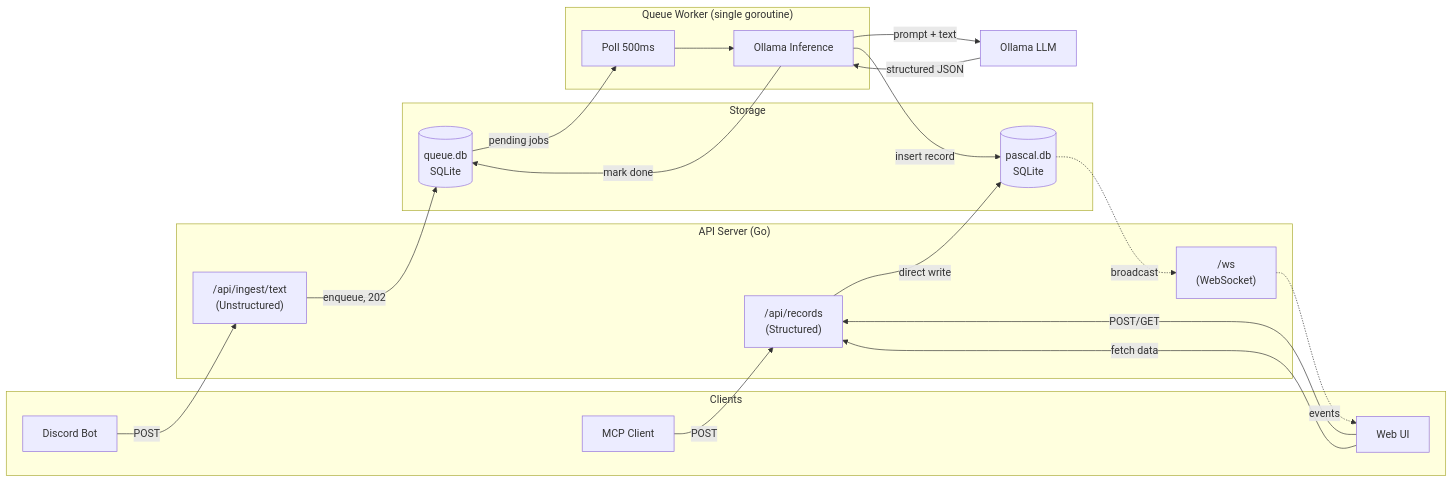
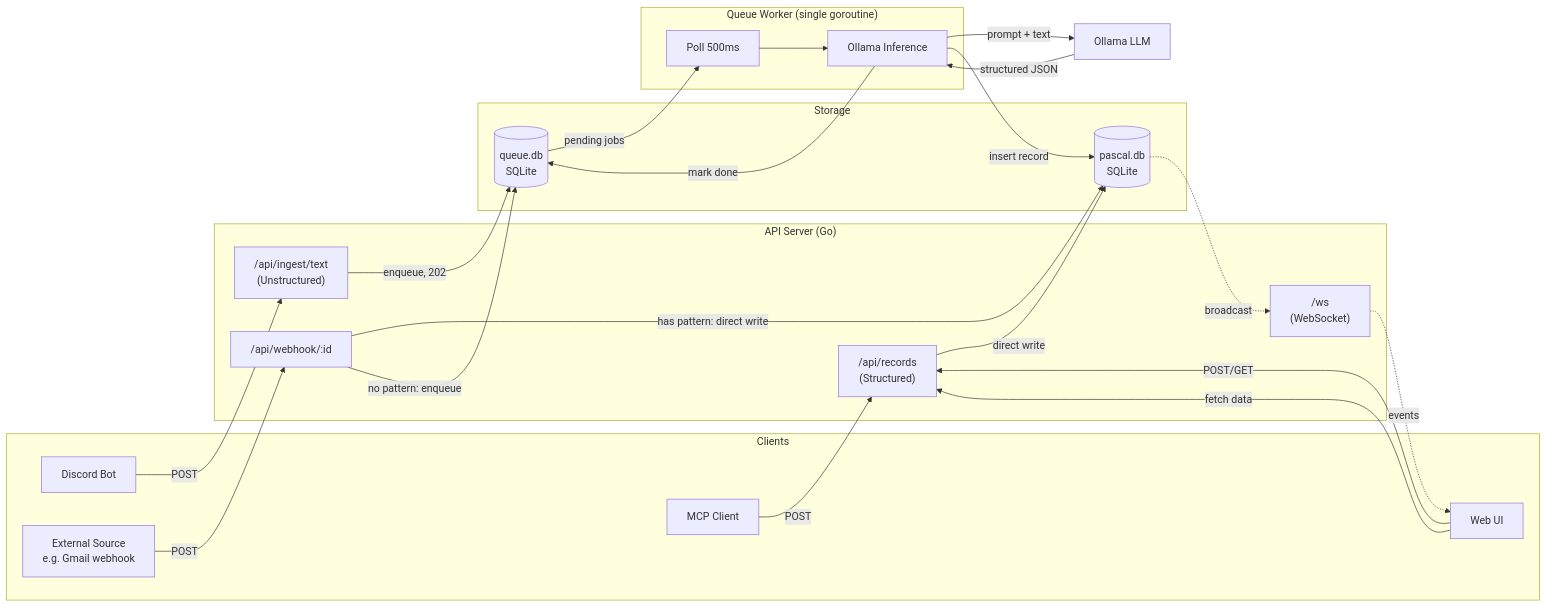
Before and after one commit to peatiscoding/pascal: the diagram in design.md, drawn with Mermaid. The commit also changed other lines of this file and 4 other files, not shown here.

````diff
--- a/design.md
+++ b/design.md
@@ -22,48 +22,55 @@
 ```mermaid
 flowchart LR
     subgraph Clients
         MCP[MCP Client]
         Web[Web UI]
         Bot[Discord Bot]
+        ExtWH[External Source\ne.g. Gmail webhook]
     end
 
     subgraph Server["API Server (Go)"]
         Structured["/api/records\n(Structured)"]
         Unstructured["/api/ingest/text\n(Unstructured)"]
+        Webhook["/api/webhook/:id"]
         WS["/ws\n(WebSocket)"]
     end
 
     subgraph Storage
         PascalDB[(pascal.db\nSQLite)]
         QueueDB[(queue.db\nSQLite)]
     end
 
     subgraph Worker["Queue Worker (single goroutine)"]
         Poll[Poll 500ms]
         Infer[Ollama Inference]
     end
 
     Ollama[Ollama LLM]
 
     %% Structured path — direct write
     MCP -->|POST| Structured
     Web -->|POST/GET| Structured
     Structured -->|direct write| PascalDB
 
     %% Unstructured path — queued
     Bot -->|POST| Unstructured
     Unstructured -->|enqueue, 202| QueueDB
 
+    %% Webhook path — pattern match or queue
+    ExtWH -->|POST| Webhook
+    Webhook -->|has pattern: direct write| PascalDB
+    Webhook -->|no pattern: enqueue| QueueDB
+
     %% Worker processes queue
     QueueDB -->|pending jobs| Poll
     Poll --> Infer
     Infer -->|prompt + text| Ollama
     Ollama -->|structured JSON| Infer
     Infer -->|insert record| PascalDB
     Infer -->|mark done| QueueDB
 
     %% Real-time updates
     PascalDB -.->|broadcast| WS
     WS -.->|events| Web
     Web -->|fetch data| Structured
 ```
````
